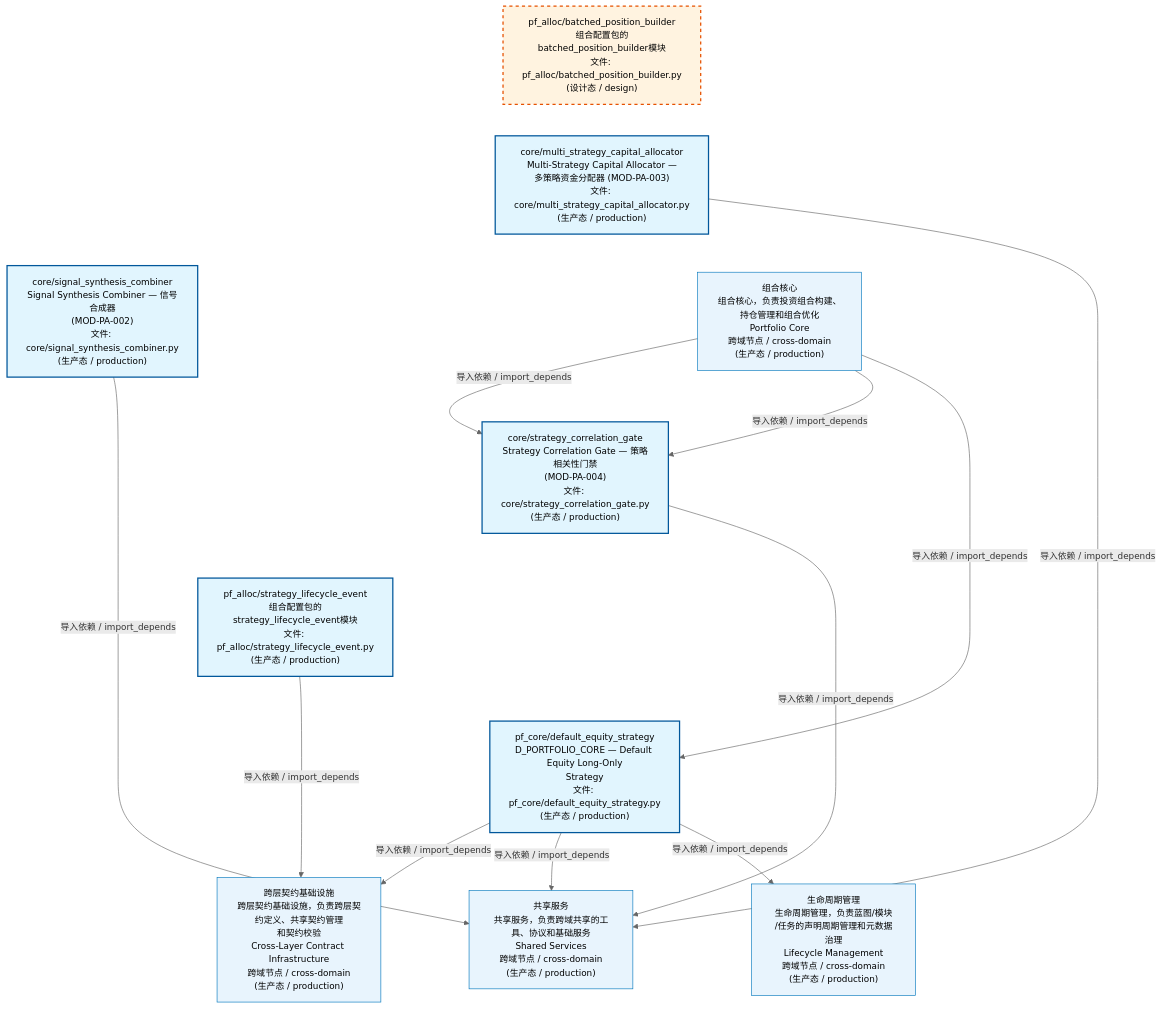
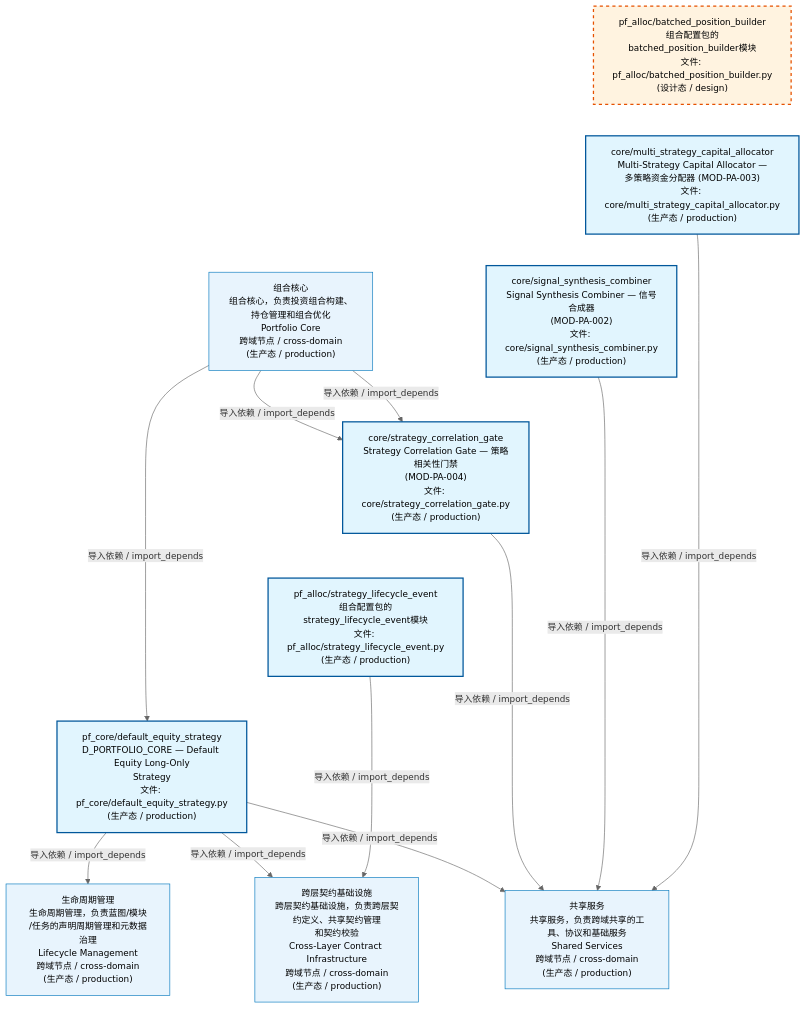
One commit to xuanFelixVan/ZephyrAlpha changed the first of 4 diagrams in docs/02_enterprise_architecture/02_domain_architecture_docs/62_d_pf_alloc.md. Above: the diagram before and after it, drawn with Mermaid. The commit also changed 46 other files, not shown here.

````diff
--- a/docs/02_enterprise_architecture/02_domain_architecture_docs/62_d_pf_alloc.md
+++ b/docs/02_enterprise_architecture/02_domain_architecture_docs/62_d_pf_alloc.md
@@ -53,36 +53,36 @@
 ```mermaid
 %%{init: {'theme': 'base', 'themeVariables': {'primaryColor': '#eaeaea', 'primaryTextColor': '#333333', 'primaryBorderColor': '#666666', 'lineColor': '#666666', 'secondaryColor': '#eaeaea', 'tertiaryColor': '#eaeaea', 'fontSize': '14px'}}}%%
 flowchart TD
     src_zephyr_pf_alloc_batched_position_builder_py["pf_alloc/batched_position_builder<br/>组合配置包的batched_position_builder模块<br/>文件: pf_alloc/batched_position_builder.py<br/>(设计态 / design)"]
     src_zephyr_pf_alloc_core_multi_strategy_capital_allocator_py["core/multi_strategy_capital_allocator<br/>Multi-Strategy Capital Allocator —<br/>多策略资金分配器 (MOD-PA-003)<br/>文件: core/multi_strategy_capital_allocator.py<br/>(生产态 / production)"]
     src_zephyr_pf_alloc_core_signal_synthesis_combiner_py["core/signal_synthesis_combiner<br/>Signal Synthesis Combiner — 信号合成器<br/>(MOD-PA-002)<br/>文件: core/signal_synthesis_combiner.py<br/>(生产态 / production)"]
     src_zephyr_pf_alloc_core_strategy_correlation_gate_py["core/strategy_correlation_gate<br/>Strategy Correlation Gate — 策略相关性门禁<br/>(MOD-PA-004)<br/>文件: core/strategy_correlation_gate.py<br/>(生产态 / production)"]
     src_zephyr_pf_alloc_strategy_lifecycle_event_py["pf_alloc/strategy_lifecycle_event<br/>组合配置包的strategy_lifecycle_event模块<br/>文件: pf_alloc/strategy_lifecycle_event.py<br/>(生产态 / production)"]
     src_zephyr_pf_core_default_equity_strategy_py["pf_core/default_equity_strategy<br/>D_PORTFOLIO_CORE — Default Equity Long-Only<br/>Strategy<br/>文件: pf_core/default_equity_strategy.py<br/>(生产态 / production)"]
     src_zephyr_pf_alloc_batched_position_builder_py ~~~ src_zephyr_pf_alloc_core_multi_strategy_capital_allocator_py
     src_zephyr_pf_alloc_core_multi_strategy_capital_allocator_py ~~~ src_zephyr_pf_alloc_core_signal_synthesis_combiner_py
     src_zephyr_pf_alloc_core_signal_synthesis_combiner_py ~~~ src_zephyr_pf_alloc_core_strategy_correlation_gate_py
     src_zephyr_pf_alloc_core_strategy_correlation_gate_py ~~~ src_zephyr_pf_alloc_strategy_lifecycle_event_py
     src_zephyr_pf_alloc_strategy_lifecycle_event_py ~~~ src_zephyr_pf_core_default_equity_strategy_py
+    D_SHARED["共享服务<br/>共享服务，负责跨域共享的工具、协议和基础服务<br/>Shared Services<br/>跨域节点 / cross-domain<br/>(生产态 / production)"]
+    src_zephyr_pf_alloc_core_multi_strategy_capital_allocator_py -->|导入依赖 / import_depends| D_SHARED
     D_INFRASTRUCTURE["跨层契约基础设施<br/>跨层契约基础设施，负责跨层契约定义、共享契约管理<br/>和契约校验<br/>Cross-Layer Contract Infrastructure<br/>跨域节点 / cross-domain<br/>(生产态 / production)"]
-    src_zephyr_pf_core_default_equity_strategy_py -->|导入依赖 / import_depends| D_INFRASTRUCTURE
-    D_SHARED["共享服务<br/>共享服务，负责跨域共享的工具、协议和基础服务<br/>Shared Services<br/>跨域节点 / cross-domain<br/>(生产态 / production)"]
-    src_zephyr_pf_core_default_equity_strategy_py -->|导入依赖 / import_depends| D_SHARED
+    src_zephyr_pf_alloc_strategy_lifecycle_event_py -->|导入依赖 / import_depends| D_INFRASTRUCTURE
+    src_zephyr_pf_alloc_core_signal_synthesis_combiner_py -->|导入依赖 / import_depends| D_SHARED
+    src_zephyr_pf_alloc_core_strategy_correlation_gate_py -->|导入依赖 / import_depends| D_SHARED
     D_GOVERNANCE["生命周期管理<br/>生命周期管理，负责蓝图/模块<br/>/任务的声明周期管理和元数据治理<br/>Lifecycle Management<br/>跨域节点 / cross-domain<br/>(生产态 / production)"]
     src_zephyr_pf_core_default_equity_strategy_py -->|导入依赖 / import_depends| D_GOVERNANCE
-    src_zephyr_pf_alloc_core_signal_synthesis_combiner_py -->|导入依赖 / import_depends| D_SHARED
-    src_zephyr_pf_alloc_core_multi_strategy_capital_allocator_py -->|导入依赖 / import_depends| D_SHARED
-    src_zephyr_pf_alloc_core_strategy_correlation_gate_py -->|导入依赖 / import_depends| D_SHARED
-    src_zephyr_pf_alloc_strategy_lifecycle_event_py -->|导入依赖 / import_depends| D_INFRASTRUCTURE
+    src_zephyr_pf_core_default_equity_strategy_py -->|导入依赖 / import_depends| D_SHARED
+    src_zephyr_pf_core_default_equity_strategy_py -->|导入依赖 / import_depends| D_INFRASTRUCTURE
     D_PF_CORE["组合核心<br/>组合核心，负责投资组合构建、持仓管理和组合优化<br/>Portfolio Core<br/>跨域节点 / cross-domain<br/>(生产态 / production)"]
     D_PF_CORE -->|导入依赖 / import_depends| src_zephyr_pf_alloc_core_strategy_correlation_gate_py
     D_PF_CORE -->|导入依赖 / import_depends| src_zephyr_pf_alloc_core_strategy_correlation_gate_py
     D_PF_CORE -->|导入依赖 / import_depends| src_zephyr_pf_core_default_equity_strategy_py
     classDef production fill:#e1f5fe,stroke:#01579b,stroke-width:2px,color:#000
     classDef design fill:#fff3e0,stroke:#e65100,stroke-width:2px,color:#000,stroke-dasharray: 5 5
     classDef external_prod fill:#e8f4fd,stroke:#0277bd,stroke-width:1px,color:#000
     classDef external_design fill:#fff8e7,stroke:#ef6c00,stroke-width:1px,color:#000,stroke-dasharray: 5 5
     class src_zephyr_pf_alloc_core_multi_strategy_capital_allocator_py,src_zephyr_pf_alloc_core_signal_synthesis_combiner_py,src_zephyr_pf_alloc_core_strategy_correlation_gate_py,src_zephyr_pf_alloc_strategy_lifecycle_event_py,src_zephyr_pf_core_default_equity_strategy_py production
     class src_zephyr_pf_alloc_batched_position_builder_py design
-    class D_INFRASTRUCTURE,D_SHARED,D_GOVERNANCE,D_PF_CORE external_prod
+    class D_SHARED,D_INFRASTRUCTURE,D_GOVERNANCE,D_PF_CORE external_prod
 ```
````
